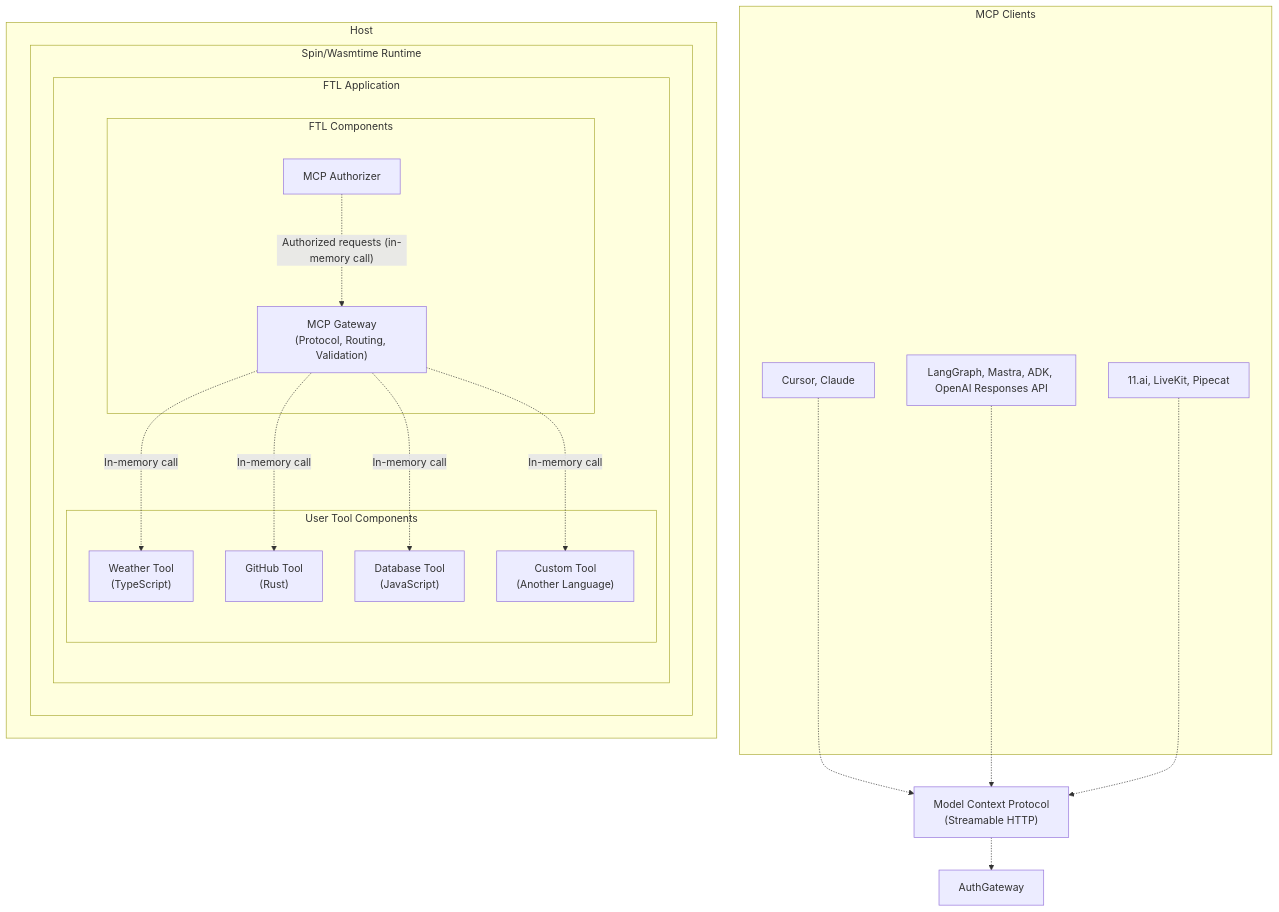
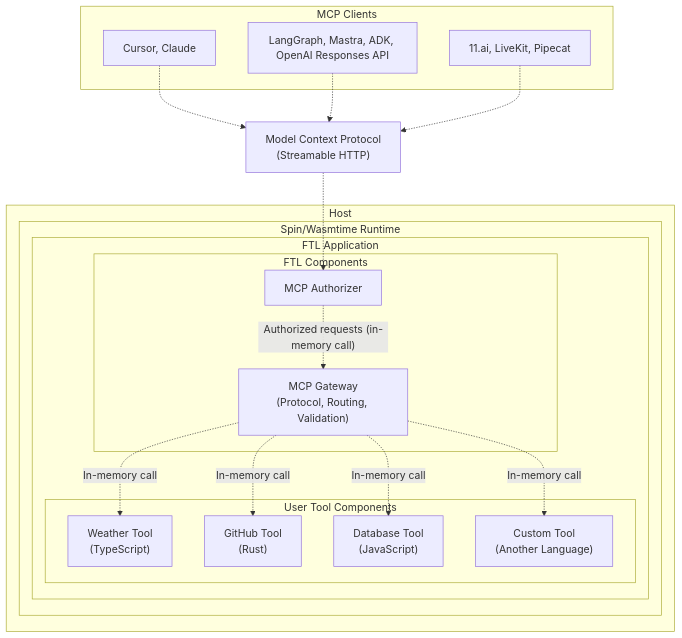
Before and after one commit to fastertools/ftl: the diagram in README.md, drawn with Mermaid.

````diff
--- a/README.md
+++ b/README.md
@@ -190,39 +190,39 @@
 ```mermaid
 graph TB
     subgraph "MCP Clients"
         Desktops["Cursor, Claude"]
         Agents["LangGraph, Mastra, ADK, OpenAI Responses API"]
         Realtime["11.ai, LiveKit, Pipecat"]
     end
     
     MCP["Model Context Protocol<br/>(Streamable HTTP)"]
     
 
       subgraph "Host"
           subgraph "Spin/Wasmtime Runtime"
               subgraph "FTL Application"
                   subgraph "FTL Components"
                       MCPAuth["MCP Authorizer"]
                       MCPGateway["MCP Gateway<br/>(Protocol, Routing, Validation)"]
                   end
                   
                   subgraph "User Tool Components"
                       Weather["Weather Tool<br/>(TypeScript)"]
                       GitHub["GitHub Tool<br/>(Rust)"]
                       Database["Database Tool<br/>(JavaScript)"]
                       Custom["Custom Tool<br/>(Another Language)"]
                   end
               end
           end
       end
     
     Desktops -.->| | MCP
     Agents -.->| | MCP
     Realtime -.->| | MCP
-    MCP -.->| | AuthGateway
+    MCP -.->| | MCPAuth
     MCPAuth -.->|"Authorized requests (in-memory call)"| MCPGateway
     MCPGateway -.->|"In-memory call"| Weather
     MCPGateway -.->|"In-memory call"| GitHub
     MCPGateway -.->|"In-memory call"| Database
     MCPGateway -.->|"In-memory call"| Custom
 ```
````
